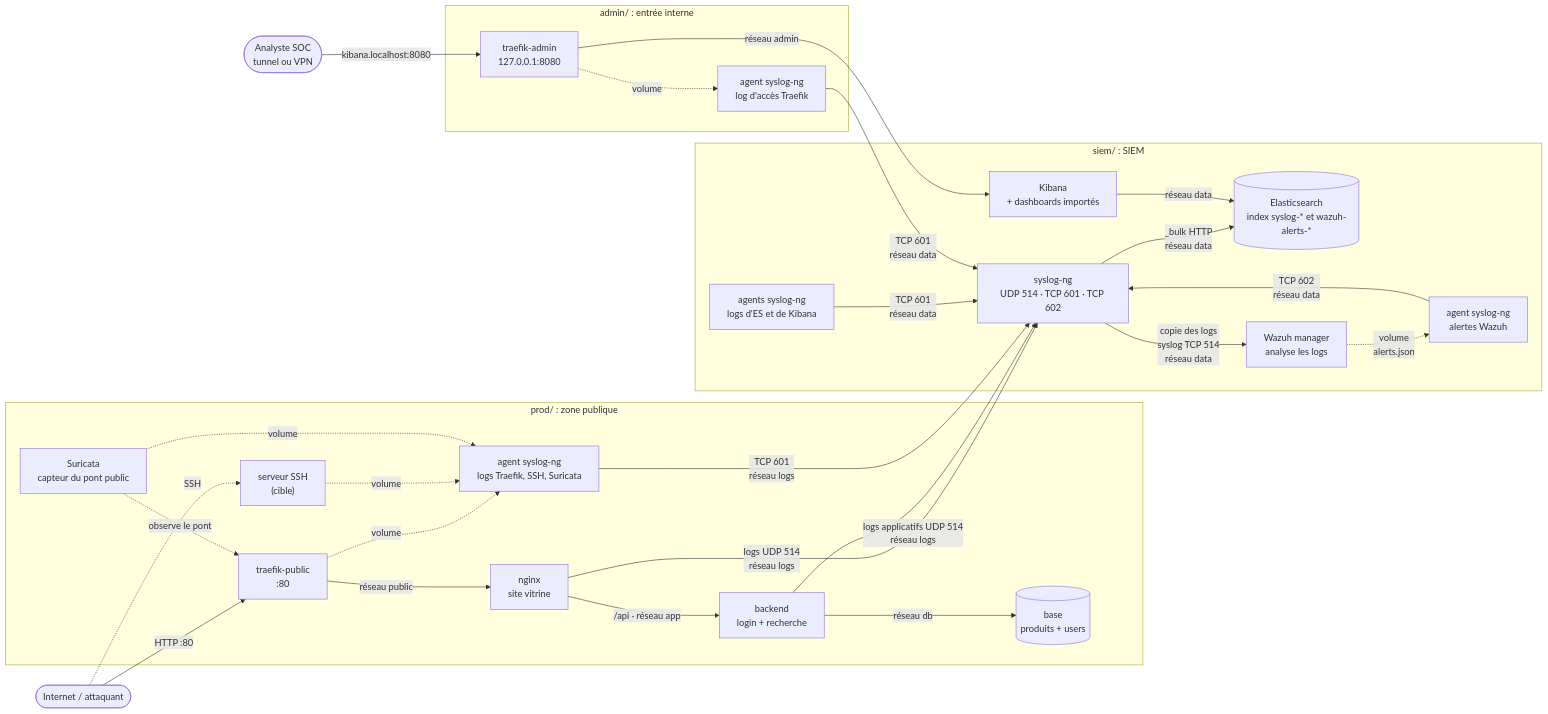
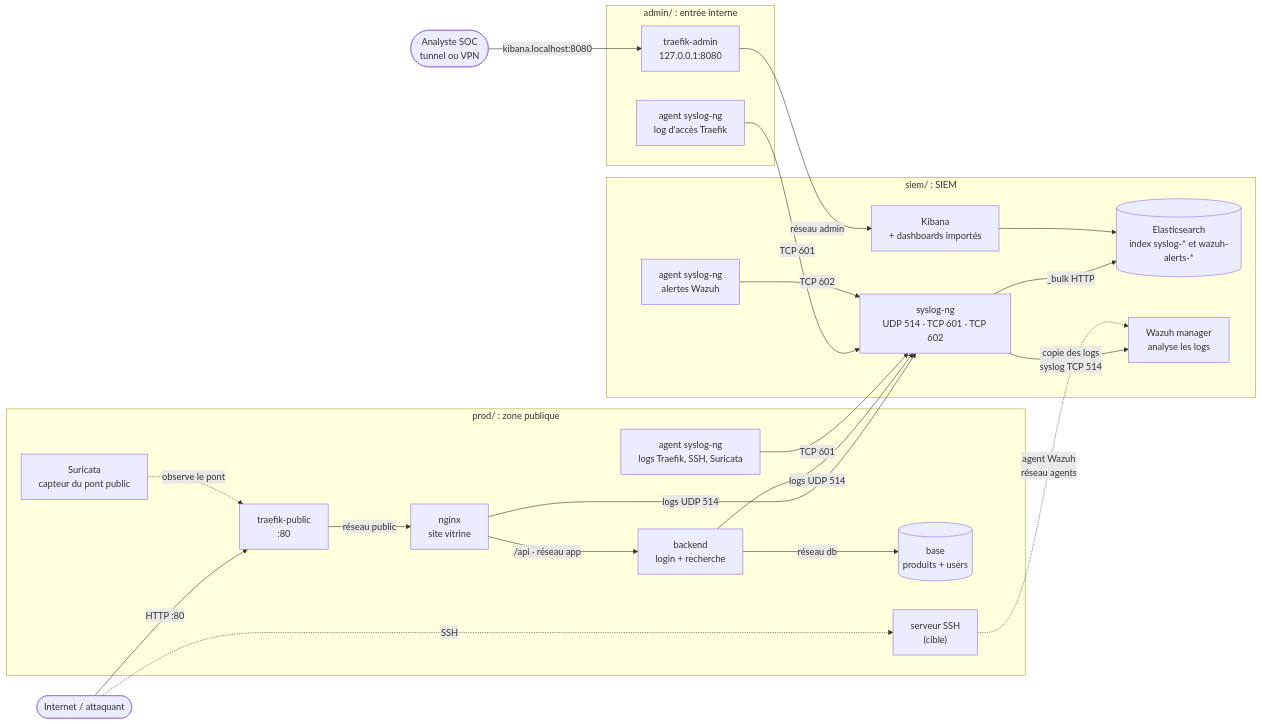
Before and after one commit to SiafroD/8inf857projet1: the diagram in README.md, drawn with Mermaid. The commit also changed other lines of this file and 8 other files, not shown here.

````diff
--- a/README.md
+++ b/README.md
@@ -34,52 +27,46 @@
 ```mermaid
 flowchart LR
     Attaquant([Internet / attaquant])
     Analyste([Analyste SOC<br/>tunnel ou VPN])
 
     subgraph prod["prod/ : zone publique"]
         TP["traefik-public<br/>:80"]
         NG["nginx<br/>site vitrine"]
         BK["backend<br/>login + recherche"]
         DB[("base<br/>produits + users")]
         SSH["serveur SSH<br/>(cible)"]
         SUR["Suricata<br/>capteur du pont public"]
         APub["agent syslog-ng<br/>logs Traefik, SSH, Suricata"]
     end
 
     subgraph admin["admin/ : entrée interne"]
         TA["traefik-admin<br/>127.0.0.1:8080"]
         AAdm["agent syslog-ng<br/>log d'accès Traefik"]
     end
 
     subgraph siem["siem/ : SIEM"]
         SL["syslog-ng<br/>UDP 514 · TCP 601 · TCP 602"]
         ES[("Elasticsearch<br/>index syslog-* et wazuh-alerts-*")]
         KB["Kibana<br/>+ dashboards importés"]
-        AG["agents syslog-ng<br/>logs d'ES et de Kibana"]
         WZ["Wazuh manager<br/>analyse les logs"]
         AWZ["agent syslog-ng<br/>alertes Wazuh"]
     end
 
     Attaquant -->|"HTTP :80"| TP
     Attaquant -.->|"SSH"| SSH
     TP -->|"réseau public"| NG
     NG -->|"/api · réseau app"| BK
     BK -->|"réseau db"| DB
-    NG -->|"logs UDP 514<br/>réseau logs"| SL
-    BK -->|"logs applicatifs UDP 514<br/>réseau logs"| SL
-    AG -->|"TCP 601<br/>réseau data"| SL
-    TP -.->|"volume"| APub
-    SSH -.->|"volume"| APub
-    SUR -.->|"volume"| APub
+    NG -->|"logs UDP 514"| SL
+    BK -->|"logs UDP 514"| SL
     SUR -.->|"observe le pont"| TP
-    APub -->|"TCP 601<br/>réseau logs"| SL
-    TA -.->|"volume"| AAdm
-    AAdm -->|"TCP 601<br/>réseau data"| SL
-    SL -->|"_bulk HTTP<br/>réseau data"| ES
-    KB -->|"réseau data"| ES
+    APub -->|"TCP 601"| SL
+    AAdm -->|"TCP 601"| SL
+    SL -->|"_bulk HTTP"| ES
+    KB --> ES
     Analyste -->|"kibana.localhost:8080"| TA
     TA -->|"réseau admin"| KB
-    SL -->|"copie des logs<br/>syslog TCP 514<br/>réseau data"| WZ
-    WZ -.->|"volume<br/>alerts.json"| AWZ
-    AWZ -->|"TCP 602<br/>réseau data"| SL
+    SL -->|"copie des logs<br/>syslog TCP 514"| WZ
+    SSH -.->|"agent Wazuh<br/>réseau agents"| WZ
+    AWZ -->|"TCP 602"| SL
 ```
````
